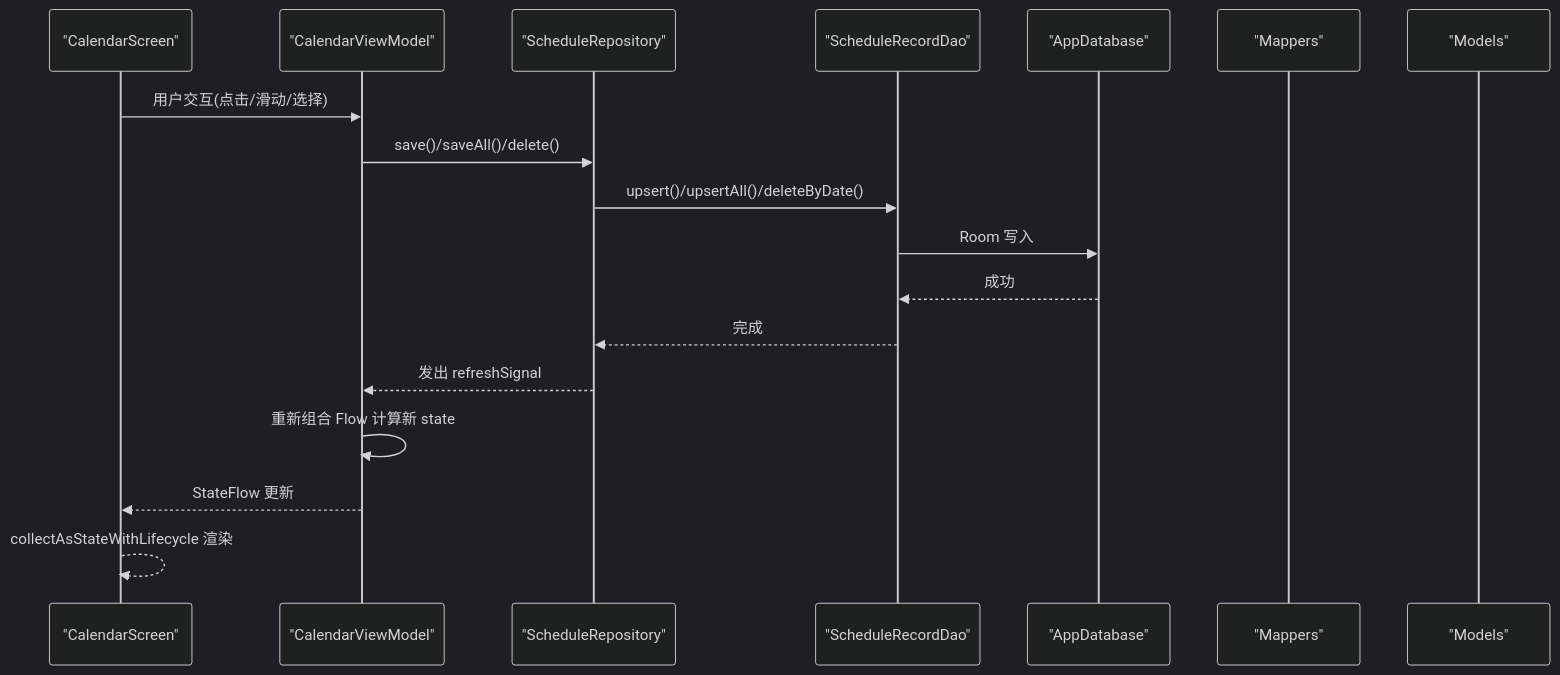
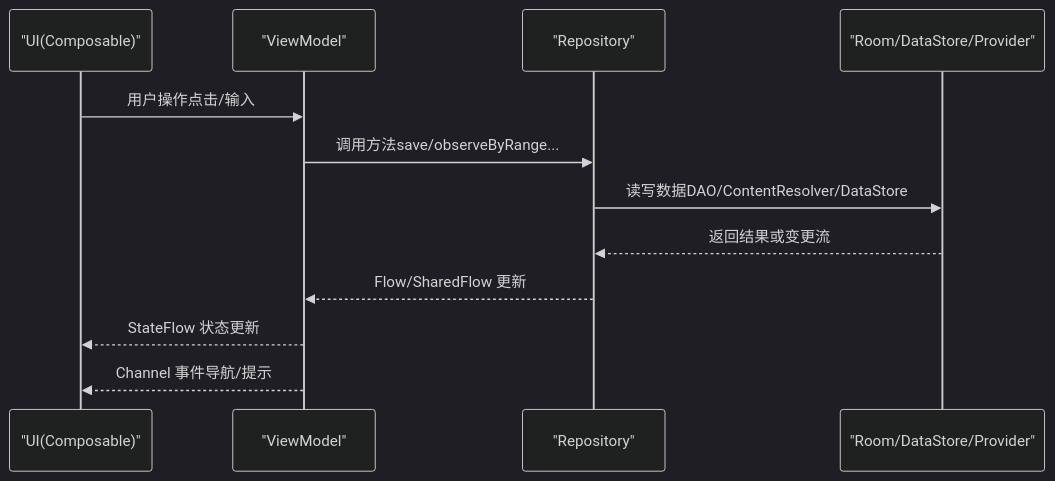
Before and after one commit to xiaobai860/paibanrili: the second of 9 diagrams in .qoder/repowiki/zh/content/架构设计/架构设计.md, drawn with Mermaid (dark theme). The commit also changed other lines of this file and 245 other files, not shown here.

````diff
--- a/.qoder/repowiki/zh/content/架构设计/架构设计.md
+++ b/.qoder/repowiki/zh/content/架构设计/架构设计.md
@@ -158,20 +144,14 @@
 ```mermaid
 sequenceDiagram
-participant UI as "CalendarScreen"
-participant VM as "CalendarViewModel"
-participant Repo as "ScheduleRepository"
-participant DAO as "ScheduleRecordDao"
-participant DB as "AppDatabase"
-participant Mapper as "Mappers"
-participant Model as "Models"
-UI->>VM : 用户交互(点击/滑动/选择)
-VM->>Repo : save()/saveAll()/delete()
-Repo->>DAO : upsert()/upsertAll()/deleteByDate()
-DAO->>DB : Room 写入
-DB-->>DAO : 成功
-DAO-->>Repo : 完成
-Repo-->>VM : 发出 refreshSignal
-VM->>VM : 重新组合 Flow 计算新 state
-VM-->>UI : StateFlow 更新
-UI-->>UI : collectAsStateWithLifecycle 渲染
+participant UI as "UI(Composable)"
+participant VM as "ViewModel"
+participant Repo as "Repository"
+participant DB as "Room/DataStore/Provider"
+UI->>VM : 用户操作点击/输入
+VM->>Repo : 调用方法save/observeByRange...
+Repo->>DB : 读写数据DAO/ContentResolver/DataStore
+DB-->>Repo : 返回结果或变更流
+Repo-->>VM : Flow/SharedFlow 更新
+VM-->>UI : StateFlow 状态更新
+VM-->>UI : Channel 事件导航/提示
 ```
````
